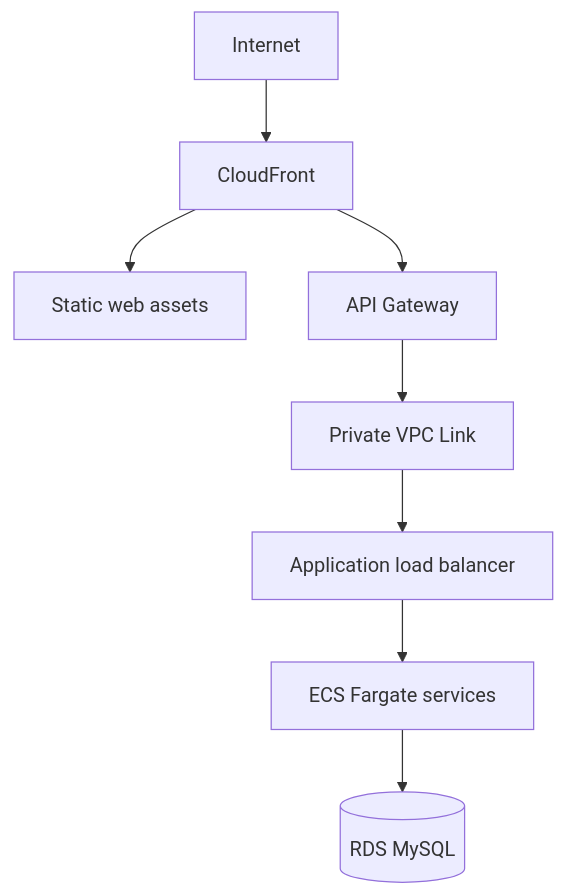
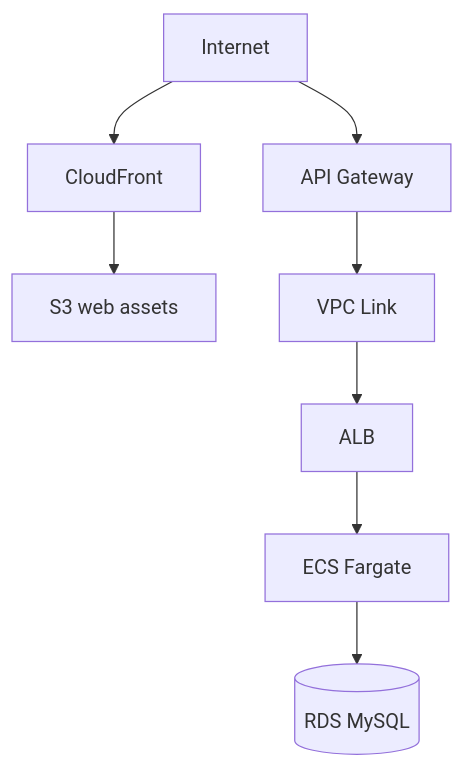
Before and after one commit to fjbatresv/sar_landing: the diagram in src/content/docs/docs/infrastructure.md, drawn with Mermaid. The commit also changed other lines of this file and 22 other files, not shown here.

Commit message:
✨ Expand SAR architecture landing

````diff
--- a/src/content/docs/docs/infrastructure.md
+++ b/src/content/docs/docs/infrastructure.md
@@ -10,10 +35,7 @@
 ```mermaid
 flowchart TB
-  Internet --> Edge[CloudFront]
-  Edge --> Web[Static web assets]
-  Edge --> Gateway[API Gateway]
-  Gateway --> Link[Private VPC Link]
-  Link --> ALB[Application load balancer]
-  ALB --> ECS[ECS Fargate services]
-  ECS --> DB[(RDS MySQL)]
+  Internet --> CloudFront --> SPA[S3 web assets]
+  Internet --> Gateway[API Gateway]
+  Gateway --> Link[VPC Link] --> ALB --> ECS[ECS Fargate]
+  ECS --> RDS[(RDS MySQL)]
 ```
````
